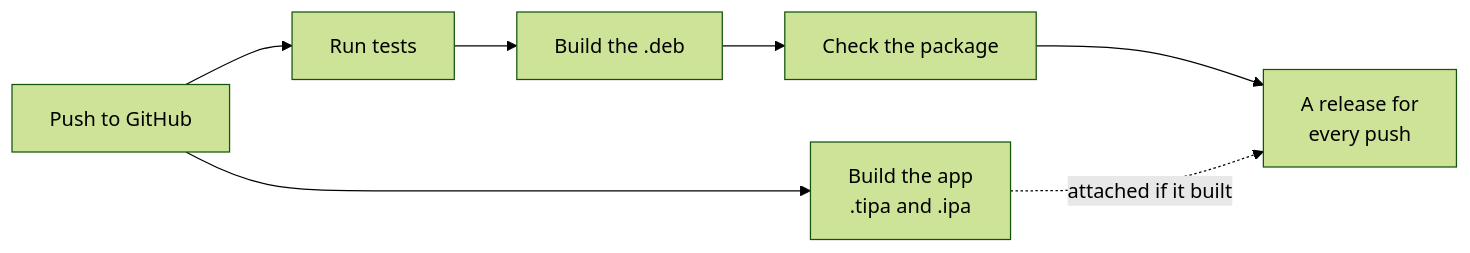
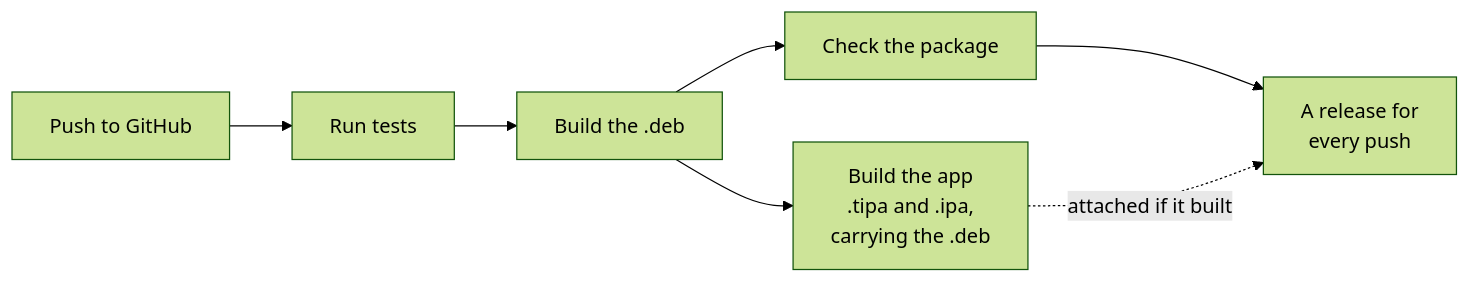
One commit to m9z2w4d8vw-blip/Speaka changed the third of 3 diagrams in README.md. Above: the diagram before and after it, drawn with Mermaid (forest theme). The commit also changed other lines of this file and 13 other files, not shown here.

````diff
--- a/README.md
+++ b/README.md
@@ -405,5 +410,5 @@
 ```mermaid
 flowchart LR
     push["Push to GitHub"] --> tests["Run tests"] --> deb["Build the .deb"] --> check["Check the package"] --> rel["A release for<br/>every push"]
-    push --> app["Build the app<br/>.tipa and .ipa"] -.->|"attached if it built"| rel
+    deb --> app["Build the app<br/>.tipa and .ipa,<br/>carrying the .deb"] -.->|"attached if it built"| rel
 ```
````
